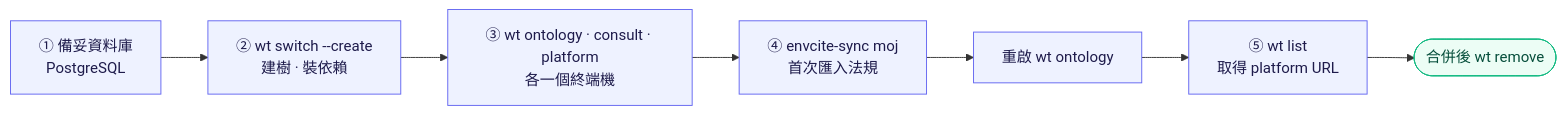
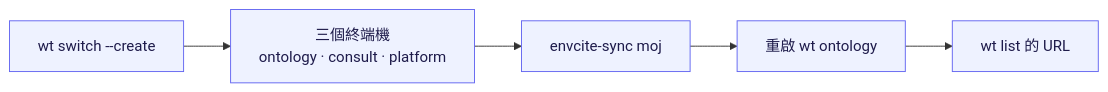
Before and after one commit to elihu0211/envcite: the second of 3 diagrams in CONTRIBUTING.md, drawn with Mermaid. The commit also changed other lines of this file, not shown here.

````diff
--- a/CONTRIBUTING.md
+++ b/CONTRIBUTING.md
@@ -25,15 +73,11 @@
 ```mermaid
 %%{init: {"flowchart": {"curve": "basis"}}}%%
 flowchart LR
-    db["① 備妥資料庫<br/>PostgreSQL"] --> br["② wt switch --create<br/>建樹 · 裝依賴"]
-    br --> svc["③ wt ontology · consult · platform<br/>各一個終端機"]
-    svc --> imp["④ envcite-sync moj<br/>首次匯入法規"]
+    br["wt switch --create"] --> svc["三個終端機<br/>ontology · consult · platform"]
+    svc --> imp["envcite-sync moj"]
     imp --> restart["重啟 wt ontology"]
-    restart --> list["⑤ wt list<br/>取得 platform URL"]
-    list --> done(["合併後 wt remove"])
+    restart --> url["wt list 的 URL"]
 
     classDef step fill:#eef2ff,stroke:#6366f1,color:#1e1b4b
-    classDef end_ fill:#ecfdf5,stroke:#10b981,color:#064e3b
-    class db,br,svc,imp,restart,list step
-    class done end_
+    class br,svc,imp,restart,url step
 ```
````
